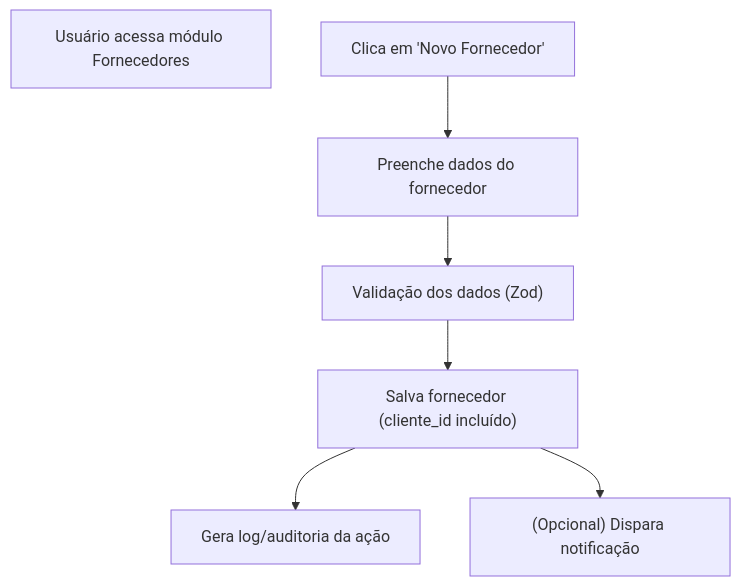
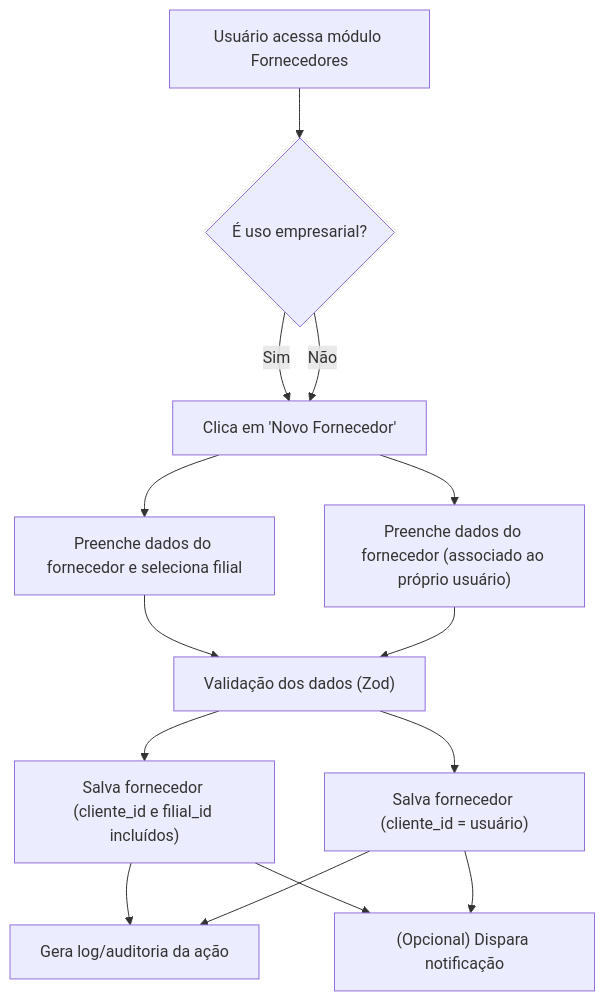
The diagram in memory-bank/flow-fornecedor.mmd (luizfilipeschaeffer/manager), drawn with Mermaid before and after one commit. The commit also changed 3 other files, not shown here.

Commit message:
Atualiza fluxos de autenticação, cadastro de usuário, fornecedores e relatórios para incluir lógica de uso empresarial e ajustes nos dados do JWT. Melhora a estrutura dos fluxos com novos passos e validações.

```diff
--- a/memory-bank/flow-fornecedor.mmd
+++ b/memory-bank/flow-fornecedor.mmd
@@ -1,10 +1,16 @@
 flowchart TD
     F1["Usuário acessa módulo Fornecedores"]
-    F2["Clica em 'Novo Fornecedor'"]
-    F3["Preenche dados do fornecedor"]
-    F4["Validação dos dados (Zod)"]
-    F5["Salva fornecedor (cliente_id incluído)"]
-    F6["Gera log/auditoria da ação"]
-    F7["(Opcional) Dispara notificação"]
-    F2 --> F3 --> F4 --> F5 --> F6
-    F5 --> F7 
+    F2{"É uso empresarial?"}
+    F3["Clica em 'Novo Fornecedor'"]
+    F4["Preenche dados do fornecedor e seleciona filial"]
+    F5["Preenche dados do fornecedor (associado ao próprio usuário)"]
+    F6["Validação dos dados (Zod)"]
+    F7["Salva fornecedor (cliente_id e filial_id incluídos)"]
+    F8["Salva fornecedor (cliente_id = usuário)"]
+    F9["Gera log/auditoria da ação"]
+    F10["(Opcional) Dispara notificação"]
+    F1 --> F2
+    F2 -- Sim --> F3 --> F4 --> F6 --> F7 --> F9
+    F7 --> F10
+    F2 -- Não --> F3 --> F5 --> F6 --> F8 --> F9
+    F8 --> F10 
```
